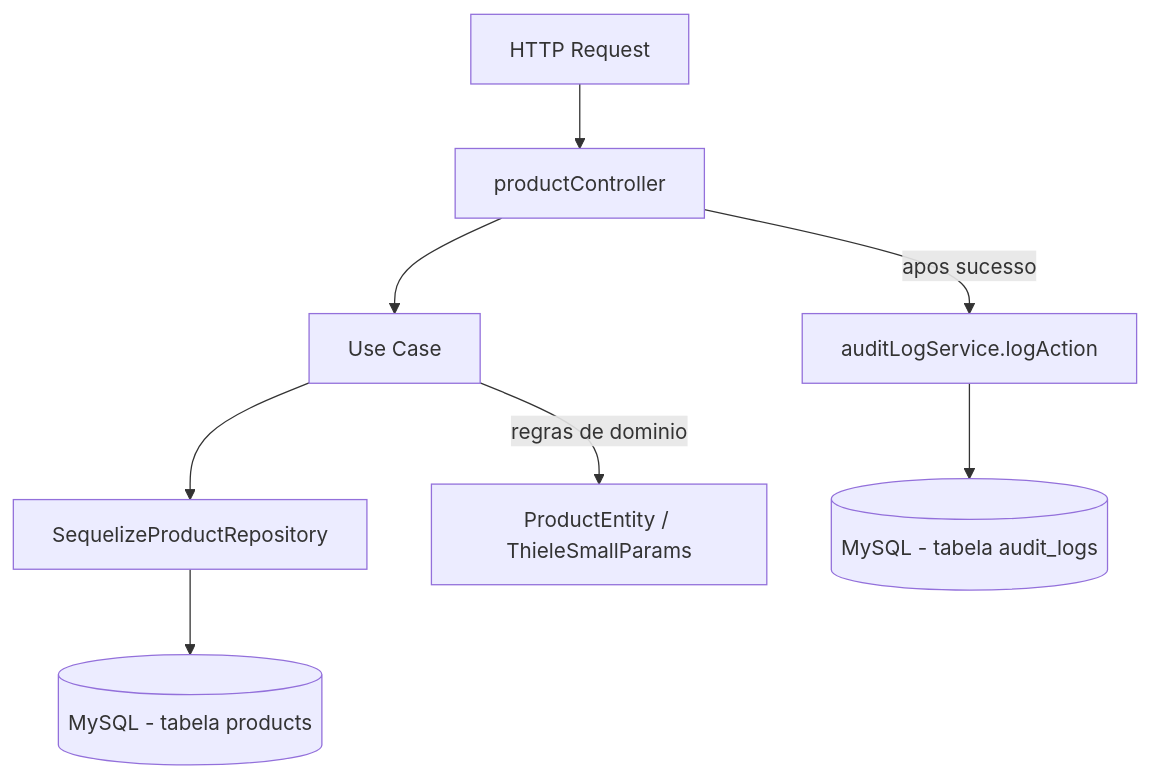
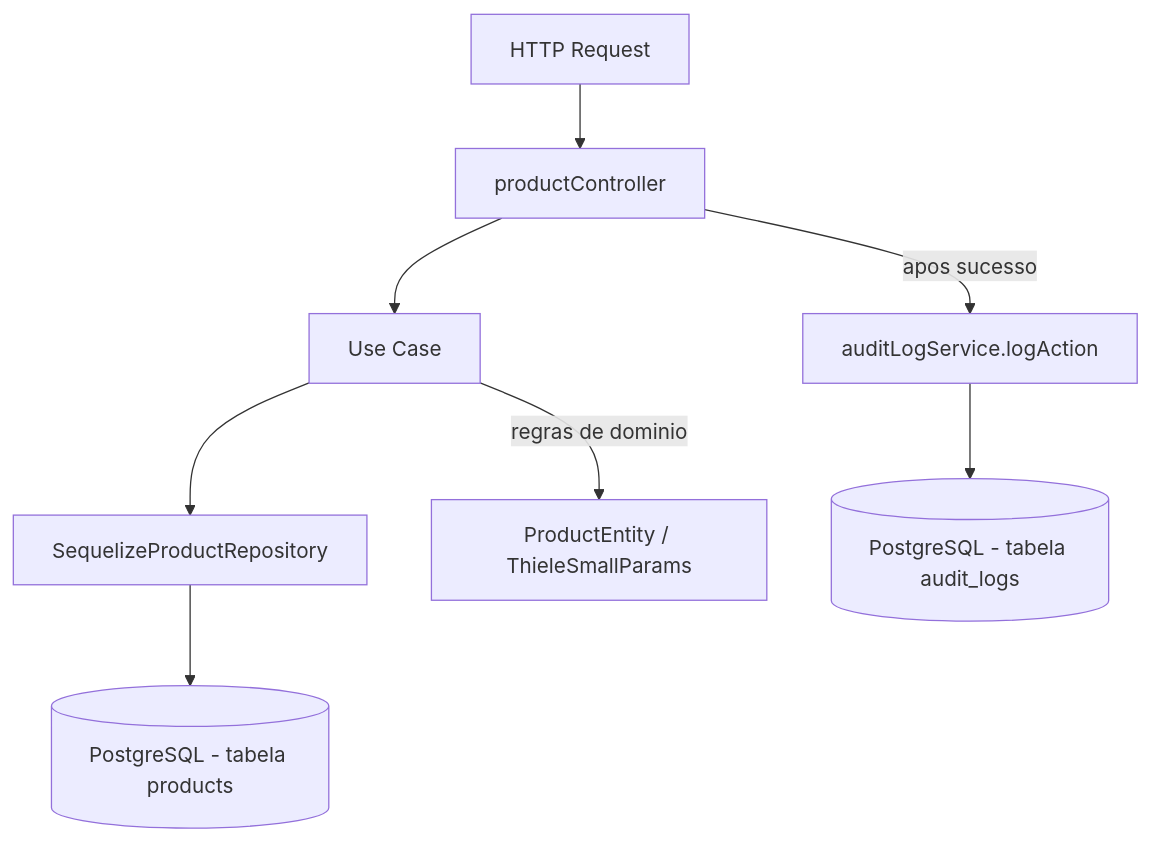
One commit to RomulosouzaEvok/ERP-EVOK-AUDIO-LTDA changed the diagram in server/src/modules/products/README.md. Above: the diagram before and after it, drawn with Mermaid. The commit also changed other lines of this file and 452 other files, not shown here.

Commit message:
chore: consolidate TypeScript backend and Blackbox roadmap

````diff
--- a/server/src/modules/products/README.md
+++ b/server/src/modules/products/README.md
@@ -130,10 +130,10 @@
 ```mermaid
 flowchart TD
   A[HTTP Request] --> B[productController]
   B --> C[Use Case]
   C --> D[SequelizeProductRepository]
-  D --> E[(MySQL - tabela products)]
+  D --> E[(PostgreSQL - tabela products)]
   C -->|regras de dominio| F[ProductEntity / ThieleSmallParams]
   B -->|apos sucesso| G[auditLogService.logAction]
-  G --> H[(MySQL - tabela audit_logs)]
+  G --> H[(PostgreSQL - tabela audit_logs)]
 ```
````
